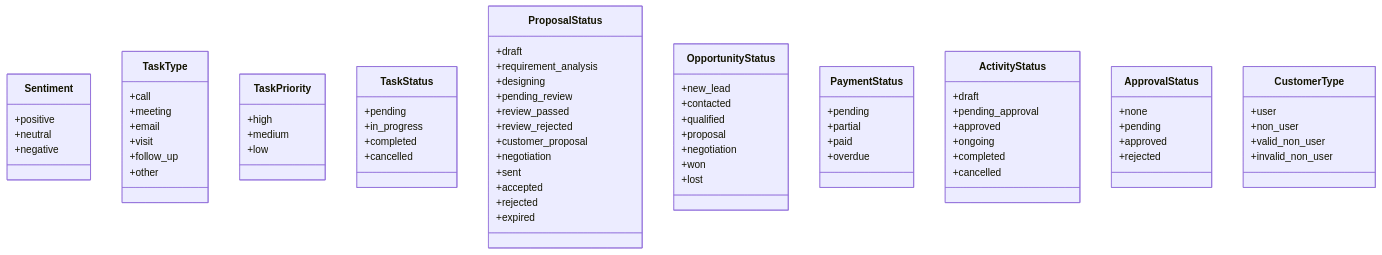
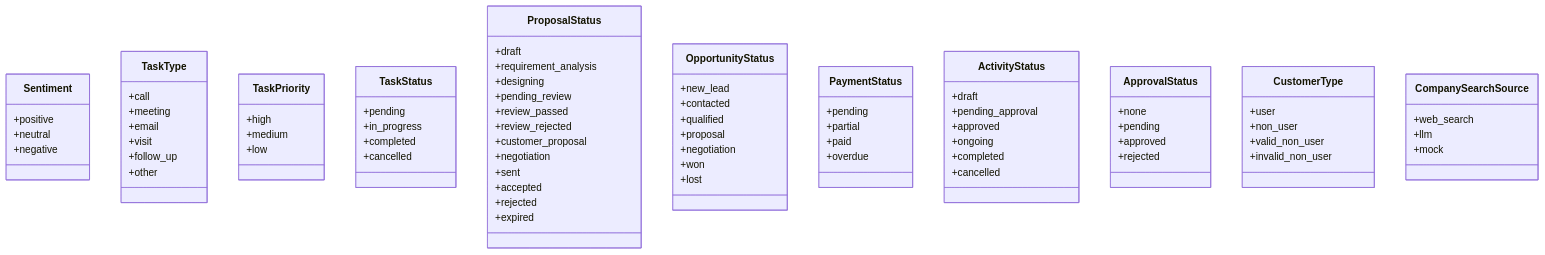
The third of 34 diagrams in .qoder/repowiki/zh/content/Database Schema.md (xianjianshenqu/SalesFlow-CRM), drawn with Mermaid before and after one commit. The commit also changed other lines of this file and 7 other files, not shown here.

````diff
--- a/.qoder/repowiki/zh/content/Database Schema.md
+++ b/.qoder/repowiki/zh/content/Database Schema.md
@@ -391,76 +391,81 @@
 ```mermaid
 classDiagram
 class Sentiment {
 +positive
 +neutral
 +negative
 }
 class TaskType {
 +call
 +meeting
 +email
 +visit
 +follow_up
 +other
 }
 class TaskPriority {
 +high
 +medium
 +low
 }
 class TaskStatus {
 +pending
 +in_progress
 +completed
 +cancelled
 }
 class ProposalStatus {
 +draft
 +requirement_analysis
 +designing
 +pending_review
 +review_passed
 +review_rejected
 +customer_proposal
 +negotiation
 +sent
 +accepted
 +rejected
 +expired
 }
 class OpportunityStatus {
 +new_lead
 +contacted
 +qualified
 +proposal
 +negotiation
 +won
 +lost
 }
 class PaymentStatus {
 +pending
 +partial
 +paid
 +overdue
 }
 class ActivityStatus {
 +draft
 +pending_approval
 +approved
 +ongoing
 +completed
 +cancelled
 }
 class ApprovalStatus {
 +none
 +pending
 +approved
 +rejected
 }
 class CustomerType {
 +user
 +non_user
 +valid_non_user
 +invalid_non_user
 }
+class CompanySearchSource {
++web_search
++llm
++mock
+}
 ```
````
